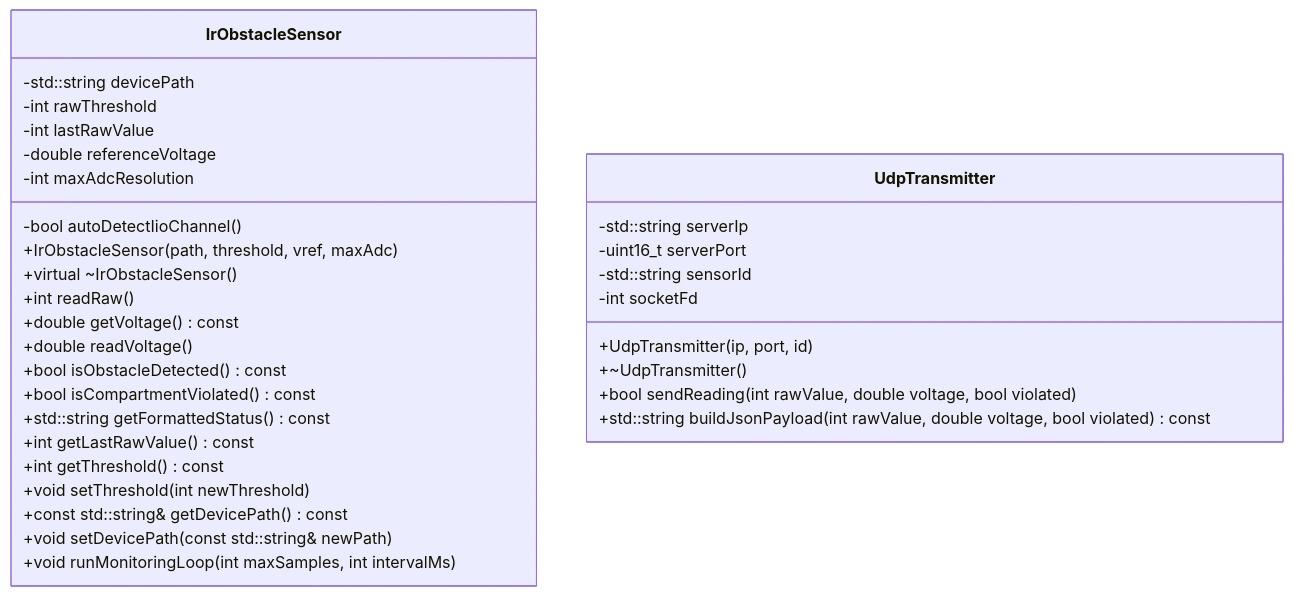
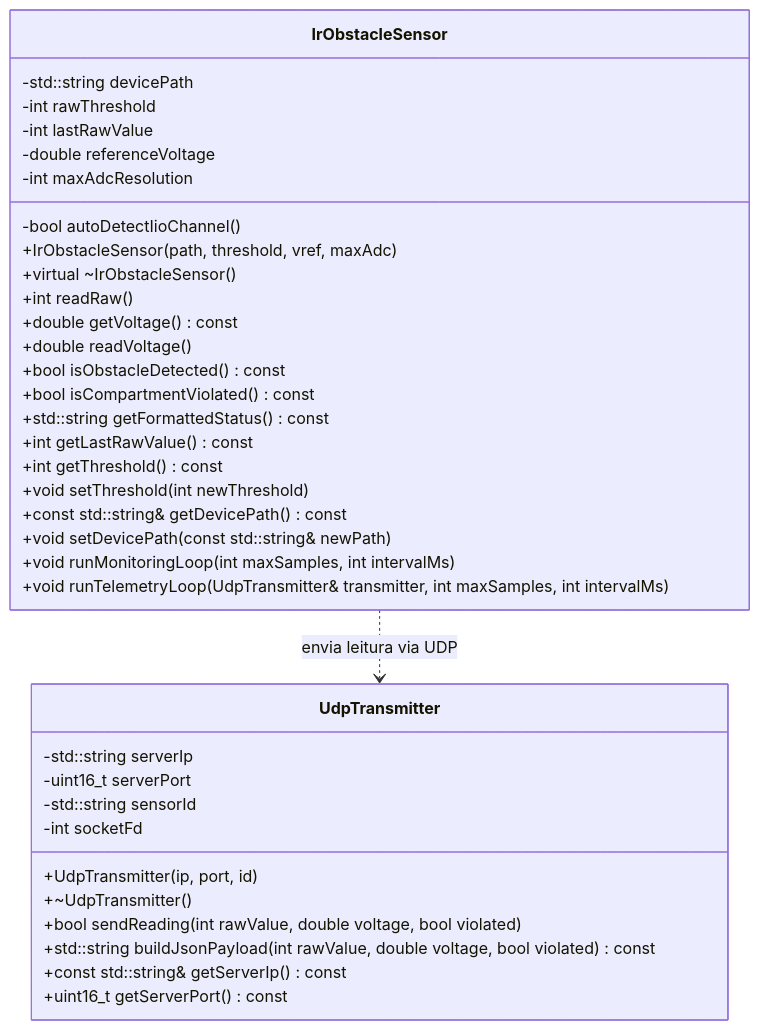
One commit to VPariz/stm32-projeto-final-prog-aplicada changed the second of 2 diagrams in README.md. Above: the diagram before and after it, drawn with Mermaid. The commit also changed other lines of this file and 67 other files, not shown here.

````diff
--- a/README.md
+++ b/README.md
@@ -65,36 +65,40 @@
 ```mermaid
 classDiagram
     class IrObstacleSensor {
         -std::string devicePath
         -int rawThreshold
         -int lastRawValue
         -double referenceVoltage
         -int maxAdcResolution
         -bool autoDetectIioChannel()
         +IrObstacleSensor(path, threshold, vref, maxAdc)
         +virtual ~IrObstacleSensor()
         +int readRaw()
         +double getVoltage() const
         +double readVoltage()
         +bool isObstacleDetected() const
         +bool isCompartmentViolated() const
         +std::string getFormattedStatus() const
         +int getLastRawValue() const
         +int getThreshold() const
         +void setThreshold(int newThreshold)
         +const std::string& getDevicePath() const
         +void setDevicePath(const std::string& newPath)
         +void runMonitoringLoop(int maxSamples, int intervalMs)
+        +void runTelemetryLoop(UdpTransmitter& transmitter, int maxSamples, int intervalMs)
     }
 
     class UdpTransmitter {
         -std::string serverIp
         -uint16_t serverPort
         -std::string sensorId
         -int socketFd
         +UdpTransmitter(ip, port, id)
         +~UdpTransmitter()
         +bool sendReading(int rawValue, double voltage, bool violated)
         +std::string buildJsonPayload(int rawValue, double voltage, bool violated) const
+        +const std::string& getServerIp() const
+        +uint16_t getServerPort() const
     }
+    IrObstacleSensor ..> UdpTransmitter : envia leitura via UDP
 ```
````
